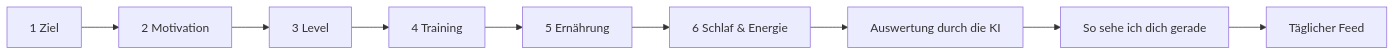
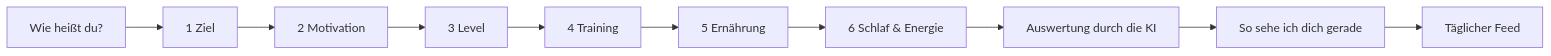
One commit to phillipzxk/App changed the diagram in Umsetzung/Onboarding-Fragebogen.md. Above: the diagram before and after it, drawn with Mermaid. The commit also changed other lines of this file and 8 other files, not shown here.

First line of the commit message:
Namensfrage „Wie heißt du?“ vor dem Onboarding

````diff
--- a/Umsetzung/Onboarding-Fragebogen.md
+++ b/Umsetzung/Onboarding-Fragebogen.md
@@ -26,5 +26,5 @@
 ```mermaid
 flowchart LR
-    F1[1 Ziel] --> F2[2 Motivation] --> F3[3 Level] --> F4[4 Training] --> F5[5 Ernährung] --> F6[6 Schlaf & Energie]
+    N[Wie heißt du?] --> F1[1 Ziel] --> F2[2 Motivation] --> F3[3 Level] --> F4[4 Training] --> F5[5 Ernährung] --> F6[6 Schlaf & Energie]
     F6 --> A[Auswertung durch die KI] --> Z[So sehe ich dich gerade] --> H[Täglicher Feed]
 ```
````
